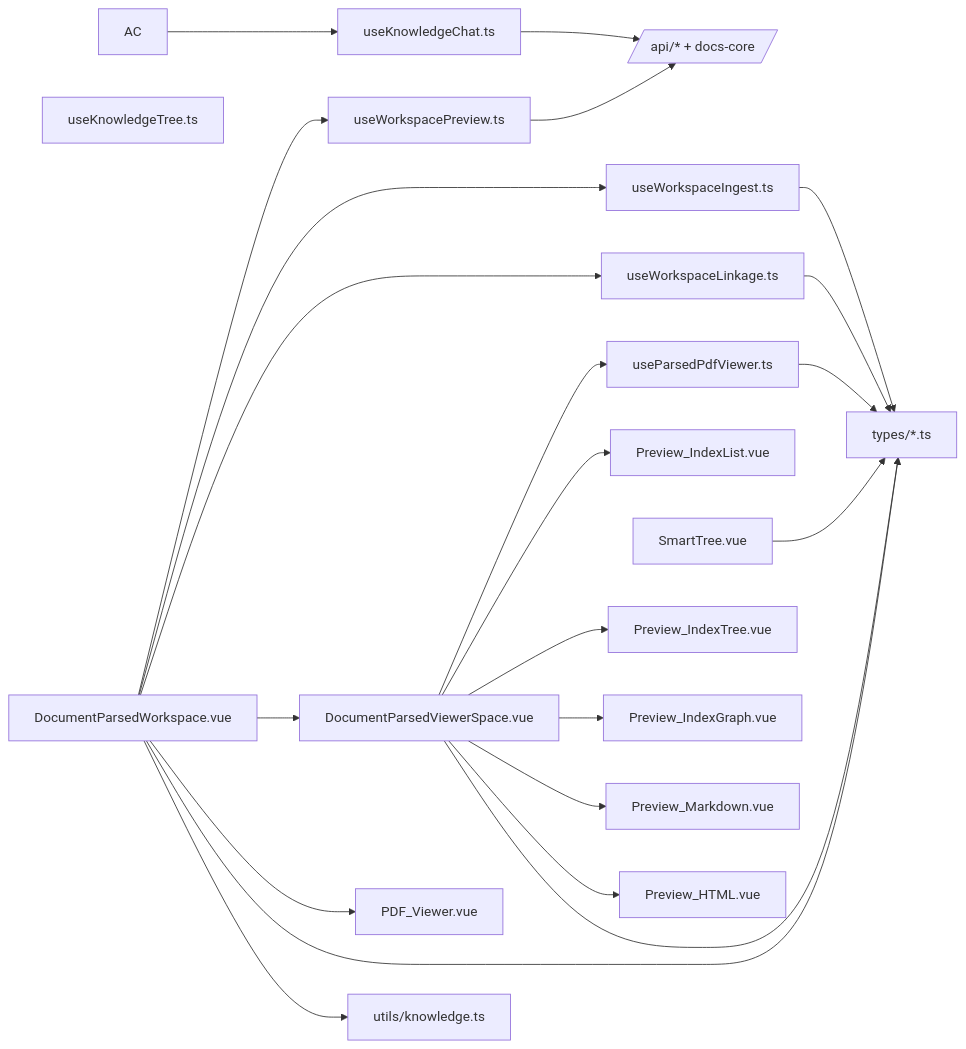
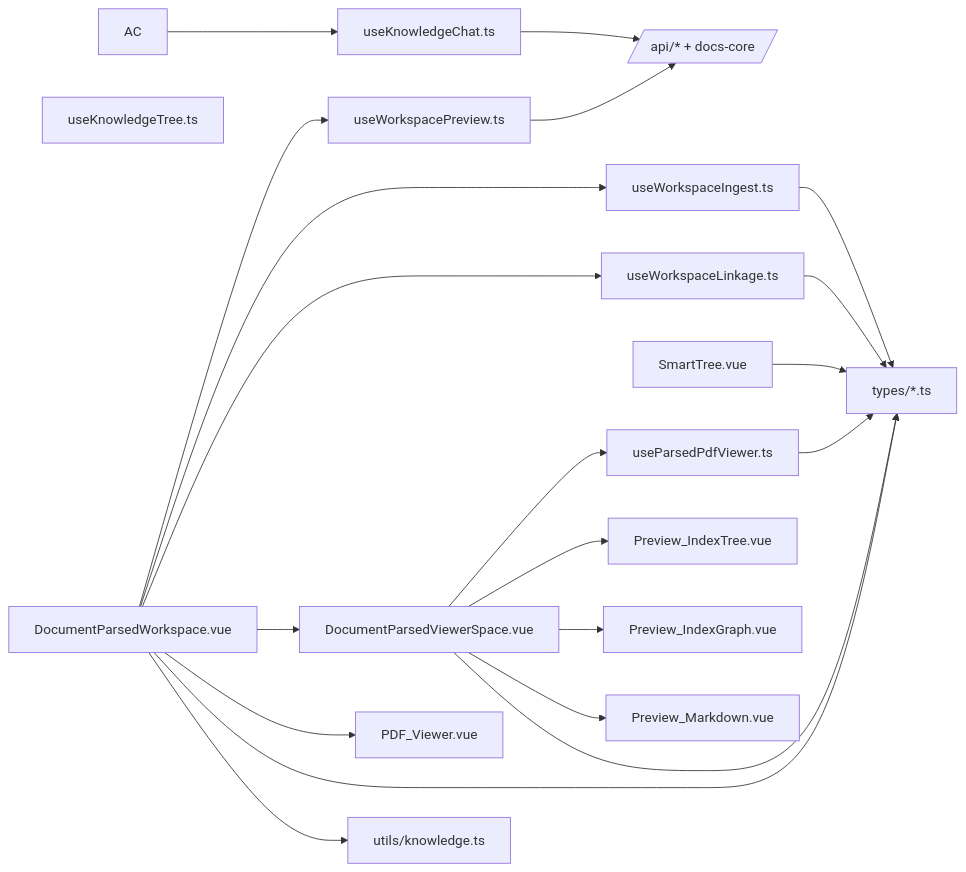
Before and after one commit to 0mao0/AnGIneer: the third of 3 diagrams in README.md, drawn with Mermaid. The commit also changed other lines of this file and 11 other files, not shown here.

Commit message:
refactor(docs-ui): 精简解析视图并完善页饰与统计展示

````diff
--- a/README.md
+++ b/README.md
@@ -456,48 +450,44 @@
 ```mermaid
 graph LR
   W[DocumentParsedWorkspace.vue]
   R[DocumentParsedViewerSpace.vue]
   V[PDF_Viewer.vue]
-  IL[Preview_IndexList.vue]
   IT[Preview_IndexTree.vue]
   IG[Preview_IndexGraph.vue]
   PM[Preview_Markdown.vue]
-  PH[Preview_HTML.vue]
   ST[SmartTree.vue]
 
   WP[useWorkspacePreview.ts]
   WI[useWorkspaceIngest.ts]
   WL[useWorkspaceLinkage.ts]
   PV[useParsedPdfViewer.ts]
   KT[useKnowledgeTree.ts]
   UA[useKnowledgeChat.ts]
 
   TY[types/*.ts]
   UT[utils/knowledge.ts]
   AP[/api/* + docs-core/]
 
   W --> WP
   W --> WI
   W --> WL
   W --> R
   W --> V
   W --> TY
   W --> UT
 
   R --> PV
-  R --> IL
   R --> IT
   R --> IG
   R --> PM
-  R --> PH
   R --> TY
 
   ST --> TY
   AC --> UA
   PV --> TY
   WI --> TY
   WL --> TY
 
   UA --> AP
   WP --> AP
 ```
````
